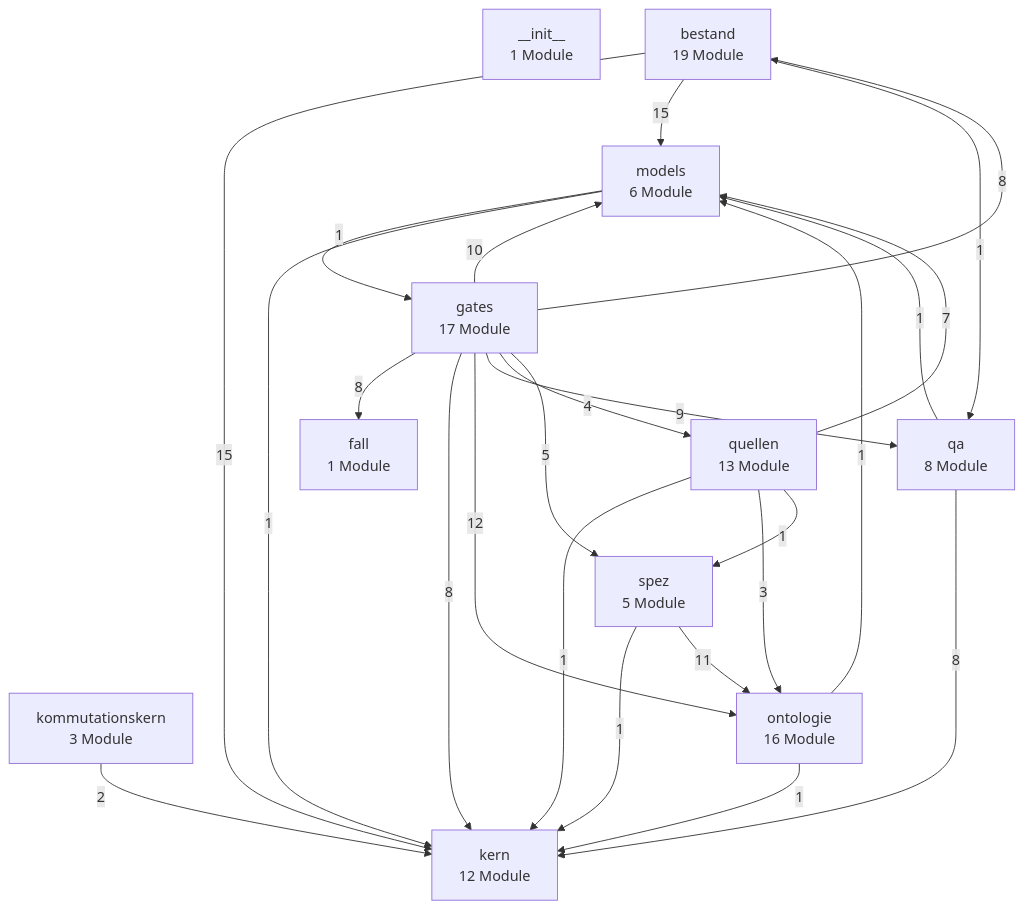
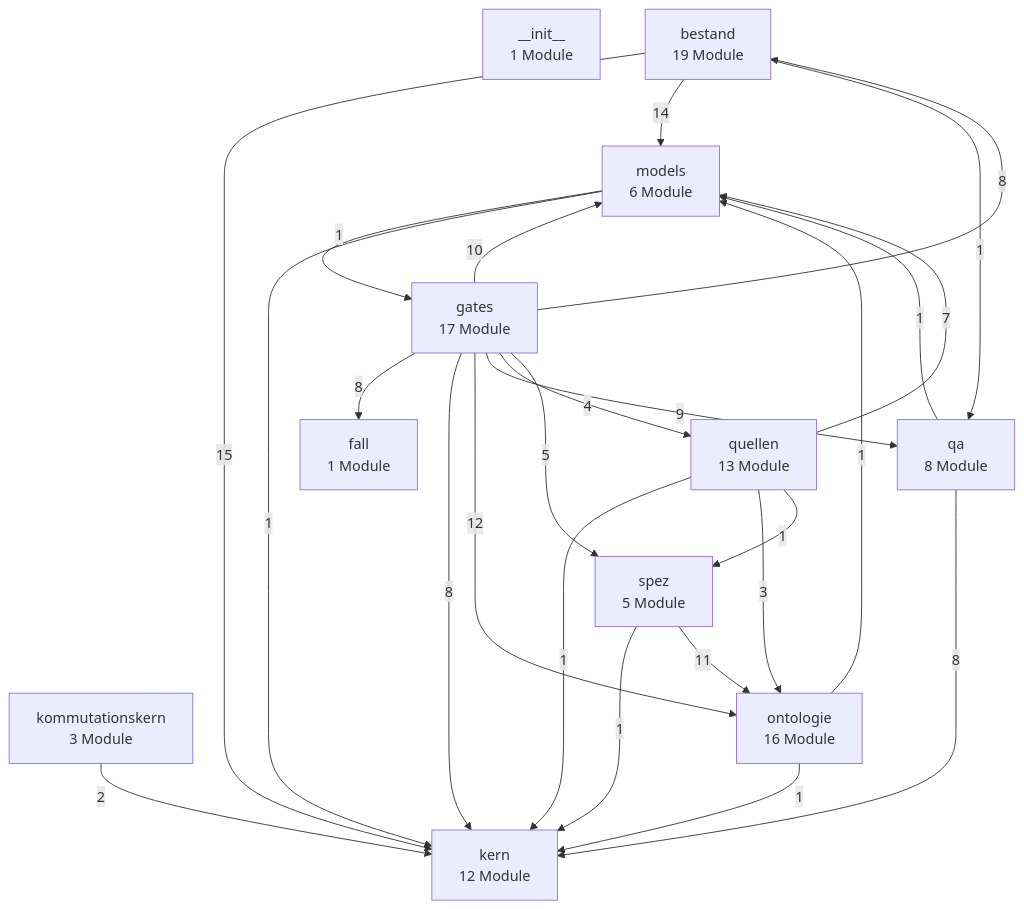
Before and after one commit to bartlmac/rechner-pipeline: the first of 3 diagrams in docs/architektur/landkarte.md, drawn with Mermaid. The commit also changed 12 other files, not shown here.

````diff
--- a/docs/architektur/landkarte.md
+++ b/docs/architektur/landkarte.md
@@ -27,39 +27,39 @@
 ```mermaid
 %% Schichten — erzeugt von ontologie.landkarte
 flowchart TD
     n__init__["__init__<br/>1 Module"]
     bestand["bestand<br/>19 Module"]
     fall["fall<br/>1 Module"]
     gates["gates<br/>17 Module"]
     kern["kern<br/>12 Module"]
     kommutationskern["kommutationskern<br/>3 Module"]
     models["models<br/>6 Module"]
     ontologie["ontologie<br/>16 Module"]
     qa["qa<br/>8 Module"]
     quellen["quellen<br/>13 Module"]
     spez["spez<br/>5 Module"]
     bestand -- 15 --> kern
-    bestand -- 15 --> models
+    bestand -- 14 --> models
     bestand -- 1 --> qa
     gates -- 8 --> bestand
     gates -- 8 --> fall
     gates -- 8 --> kern
     gates -- 10 --> models
     gates -- 12 --> ontologie
     gates -- 9 --> qa
     gates -- 4 --> quellen
     gates -- 5 --> spez
     kommutationskern -- 2 --> kern
     models -- 1 --> gates
     models -- 1 --> kern
     ontologie -- 1 --> kern
     ontologie -- 1 --> models
     qa -- 8 --> kern
     qa -- 1 --> models
     quellen -- 1 --> kern
     quellen -- 7 --> models
     quellen -- 3 --> ontologie
     quellen -- 1 --> spez
     spez -- 1 --> kern
     spez -- 11 --> ontologie
 ```
````
